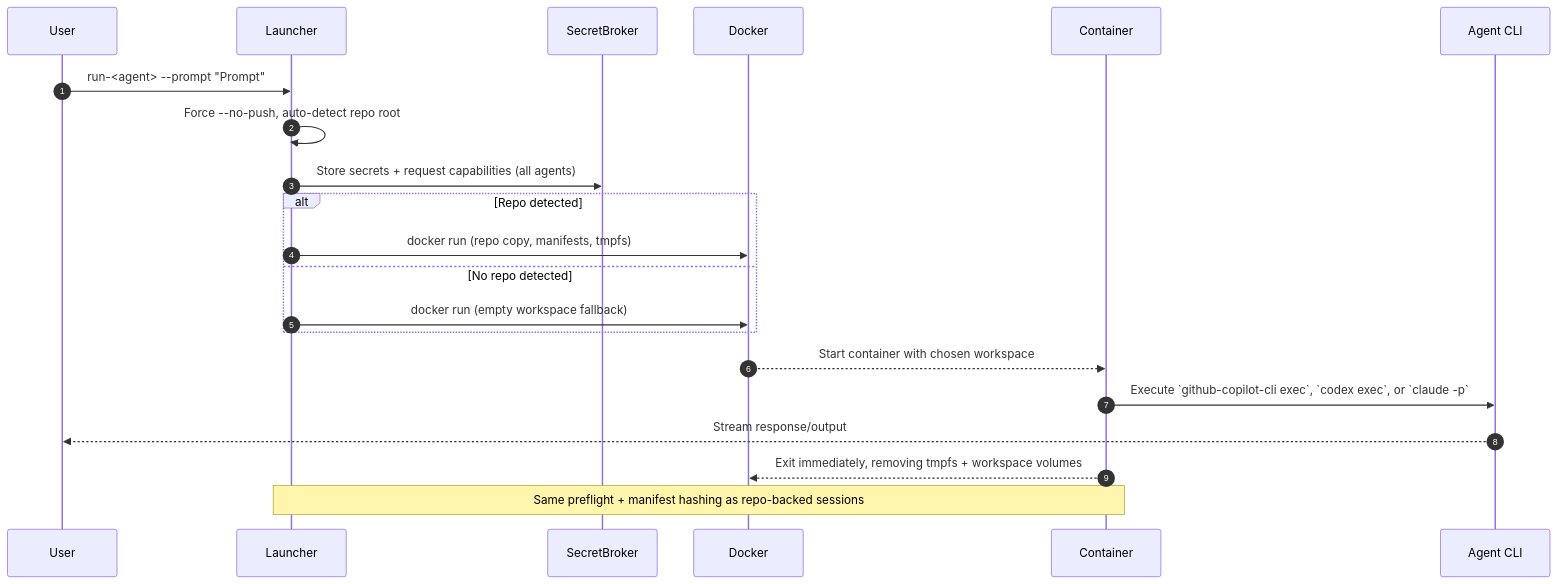
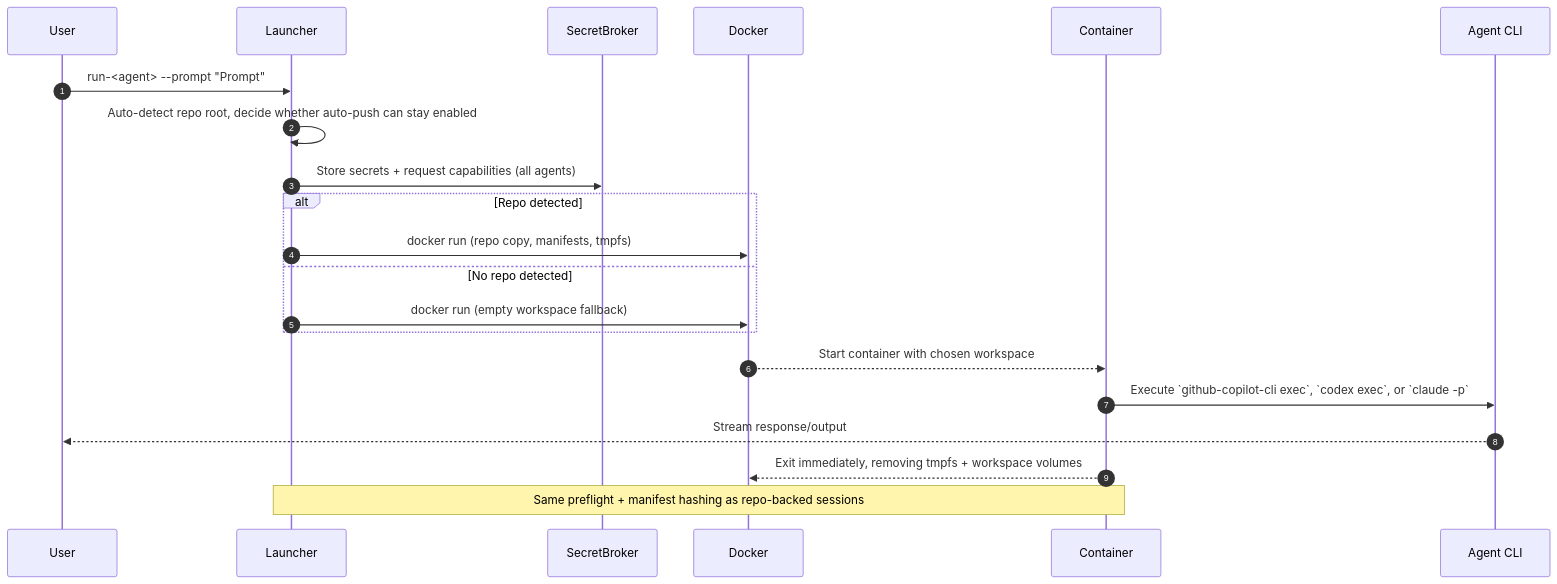
One commit to novotnyllc/ContainAI changed the fourth of 4 diagrams in docs/security-workflows.md. Above: the diagram before and after it, drawn with Mermaid. The commit also changed other lines of this file and 6 other files, not shown here.

Commit message:
fix: improve handling of prompt sessions and auto-push behavior across documentation and scripts

````diff
--- a/docs/security-workflows.md
+++ b/docs/security-workflows.md
@@ -88,25 +88,25 @@
 ```mermaid
 sequenceDiagram
     autonumber
     participant User
     participant Launcher
     participant SecretBroker
     participant Docker
     participant Container
     participant AgentCLI as Agent CLI
 
     User->>Launcher: run-<agent> --prompt "Prompt"
-    Launcher->>Launcher: Force --no-push, auto-detect repo root
+    Launcher->>Launcher: Auto-detect repo root, decide whether auto-push can stay enabled
     Launcher->>SecretBroker: Store secrets + request capabilities (all agents)
     alt Repo detected
         Launcher->>Docker: docker run (repo copy, manifests, tmpfs)
     else No repo detected
         Launcher->>Docker: docker run (empty workspace fallback)
     end
     Docker-->>Container: Start container with chosen workspace
     Container->>AgentCLI: Execute `github-copilot-cli exec`, `codex exec`, or `claude -p`
     AgentCLI-->>User: Stream response/output
     Container-->>Docker: Exit immediately, removing tmpfs + workspace volumes
 
     Note over Launcher,Container: Same preflight + manifest hashing as repo-backed sessions
 ```
````
